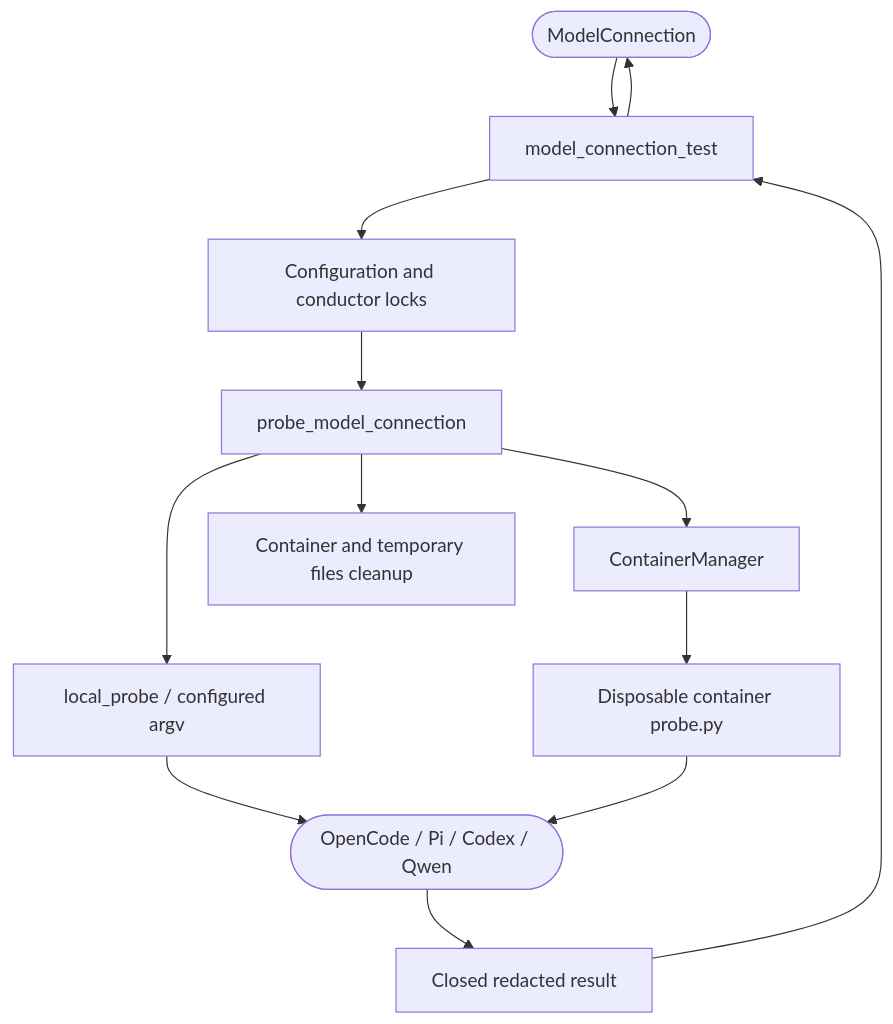
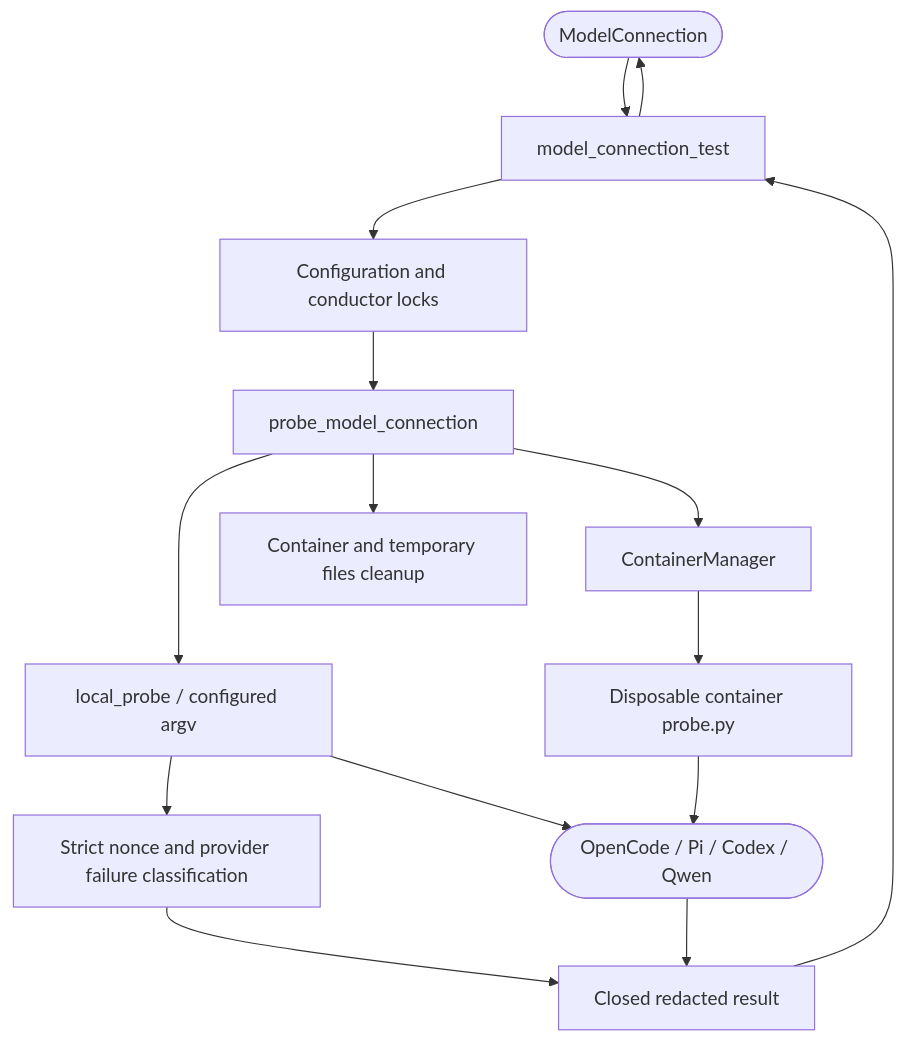
One commit to DDP-Engineering/AgenticDeliveryOrchestratorRuntimeEngine changed the diagram in .agentic/knowledge/model-connection.md. Above: the diagram before and after it, drawn with Mermaid. The commit also changed other lines of this file and 335 other files, not shown here.

````diff
--- a/.agentic/knowledge/model-connection.md
+++ b/.agentic/knowledge/model-connection.md
@@ -41,15 +42,17 @@
 ```mermaid
 flowchart TD
     GUI([ModelConnection]) --> API[model_connection_test]
     API --> Locks[Configuration and conductor locks]
     Locks --> Probe[probe_model_connection]
     Probe --> Runtime[ContainerManager]
     Probe --> Native[local_probe / configured argv]
+    Native --> Classifier[Strict nonce and provider failure classification]
+    Classifier --> Envelope
     Native --> CLI
     Runtime --> Script[Disposable container probe.py]
     Script --> CLI([OpenCode / Pi / Codex / Qwen])
     CLI --> Envelope[Closed redacted result]
     Envelope --> API
     API --> GUI
     Probe --> Cleanup[Container and temporary files cleanup]
 ```
````
